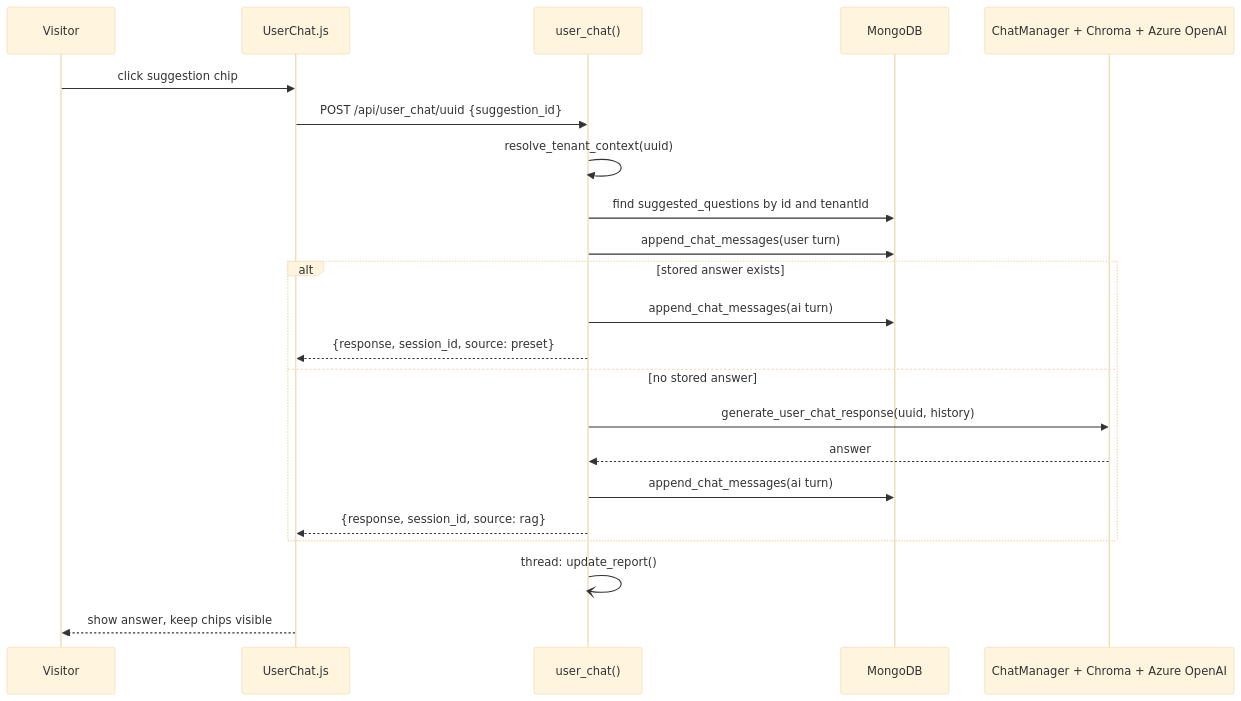
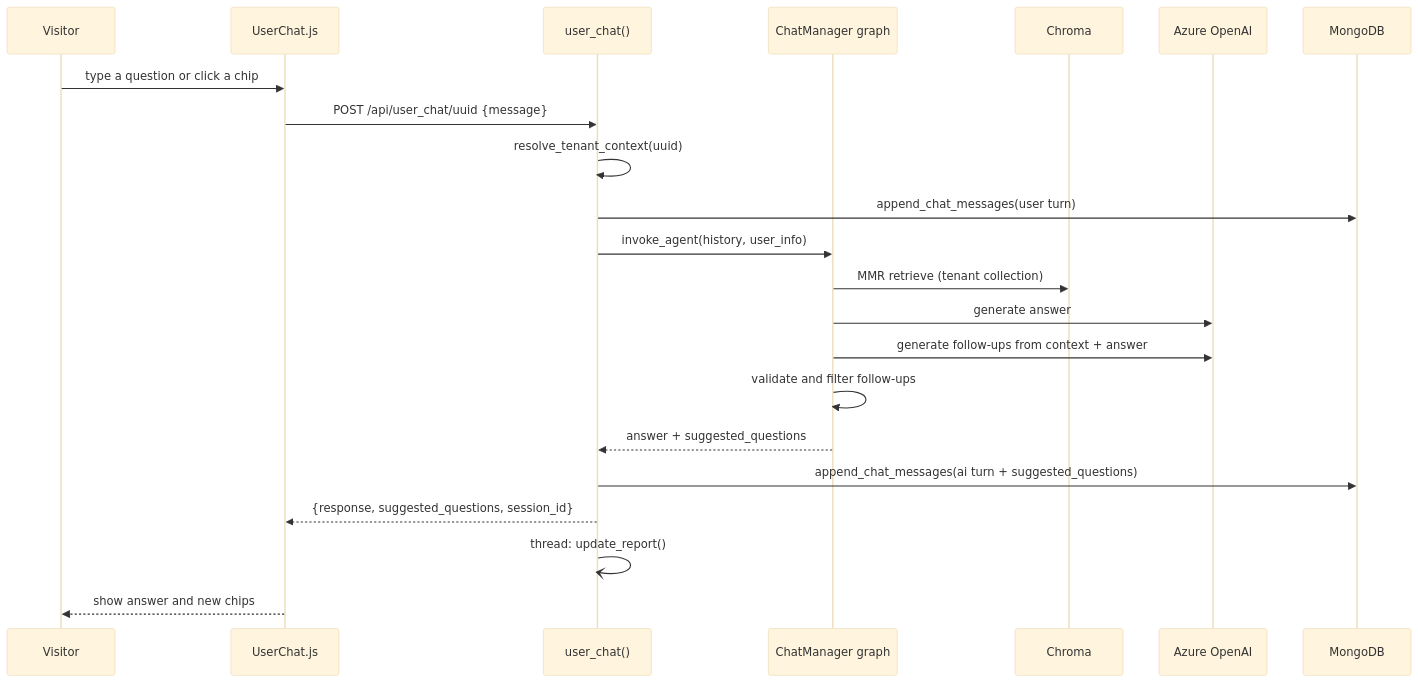
The third of 4 diagrams in guided-chatbot-suggested-questions-hld.md (026anusha/HLD), drawn with Mermaid (base theme) before and after one commit. The commit also changed other lines of this file, not shown here.

````diff
--- a/guided-chatbot-suggested-questions-hld.md
+++ b/guided-chatbot-suggested-questions-hld.md
@@ -214,24 +145,24 @@
 ```mermaid
 sequenceDiagram
     participant V as Visitor
     participant UI as UserChat.js
     participant API as user_chat()
+    participant CM as ChatManager graph
+    participant C as Chroma
+    participant L as Azure OpenAI
     participant DB as MongoDB
-    participant RAG as ChatManager + Chroma + Azure OpenAI
-    V->>UI: click suggestion chip
-    UI->>API: POST /api/user_chat/uuid {suggestion_id}
+    V->>UI: type a question or click a chip
+    UI->>API: POST /api/user_chat/uuid {message}
     API->>API: resolve_tenant_context(uuid)
-    API->>DB: find suggested_questions by id and tenantId
     API->>DB: append_chat_messages(user turn)
-    alt stored answer exists
-        API->>DB: append_chat_messages(ai turn)
-        API-->>UI: {response, session_id, source: preset}
-    else no stored answer
-        API->>RAG: generate_user_chat_response(uuid, history)
-        RAG-->>API: answer
-        API->>DB: append_chat_messages(ai turn)
-        API-->>UI: {response, session_id, source: rag}
-    end
+    API->>CM: invoke_agent(history, user_info)
+    CM->>C: MMR retrieve (tenant collection)
+    CM->>L: generate answer
+    CM->>L: generate follow-ups from context + answer
+    CM->>CM: validate and filter follow-ups
+    CM-->>API: answer + suggested_questions
+    API->>DB: append_chat_messages(ai turn + suggested_questions)
+    API-->>UI: {response, suggested_questions, session_id}
     API-)API: thread: update_report()
-    UI-->>V: show answer, keep chips visible
+    UI-->>V: show answer and new chips
 ```
````
